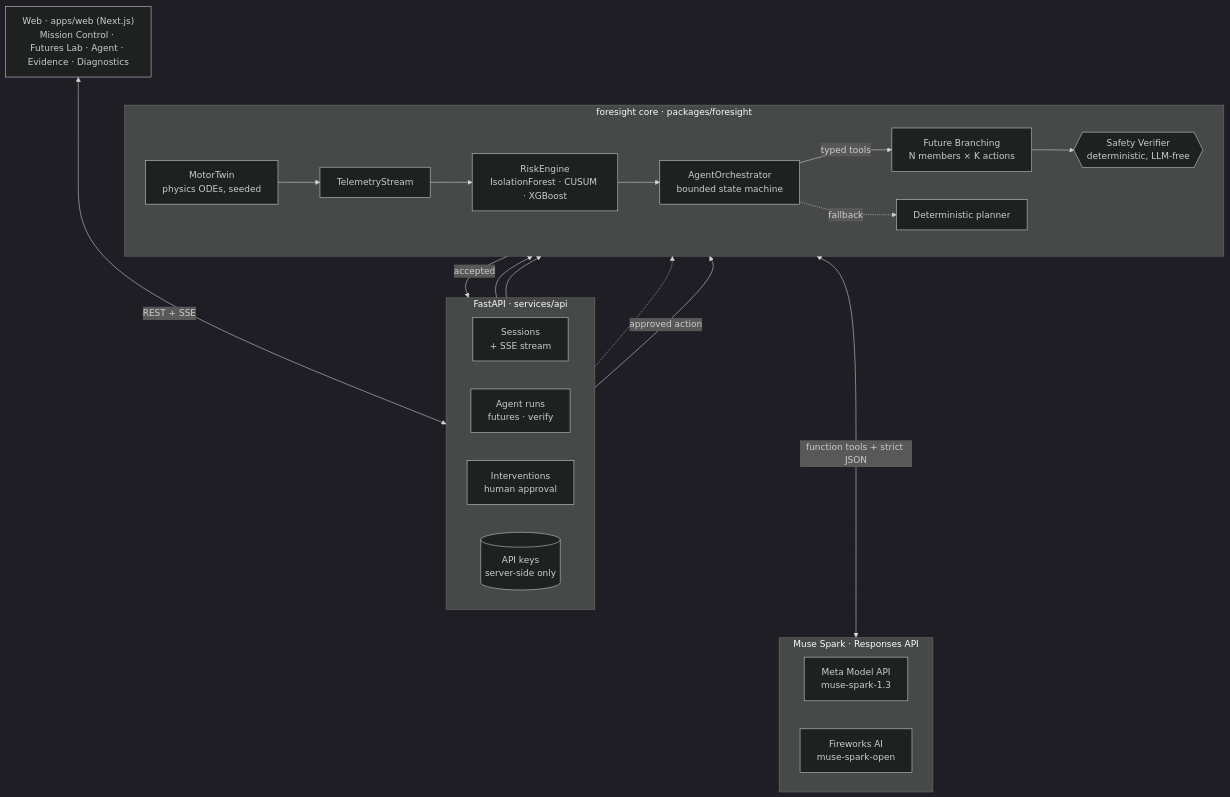
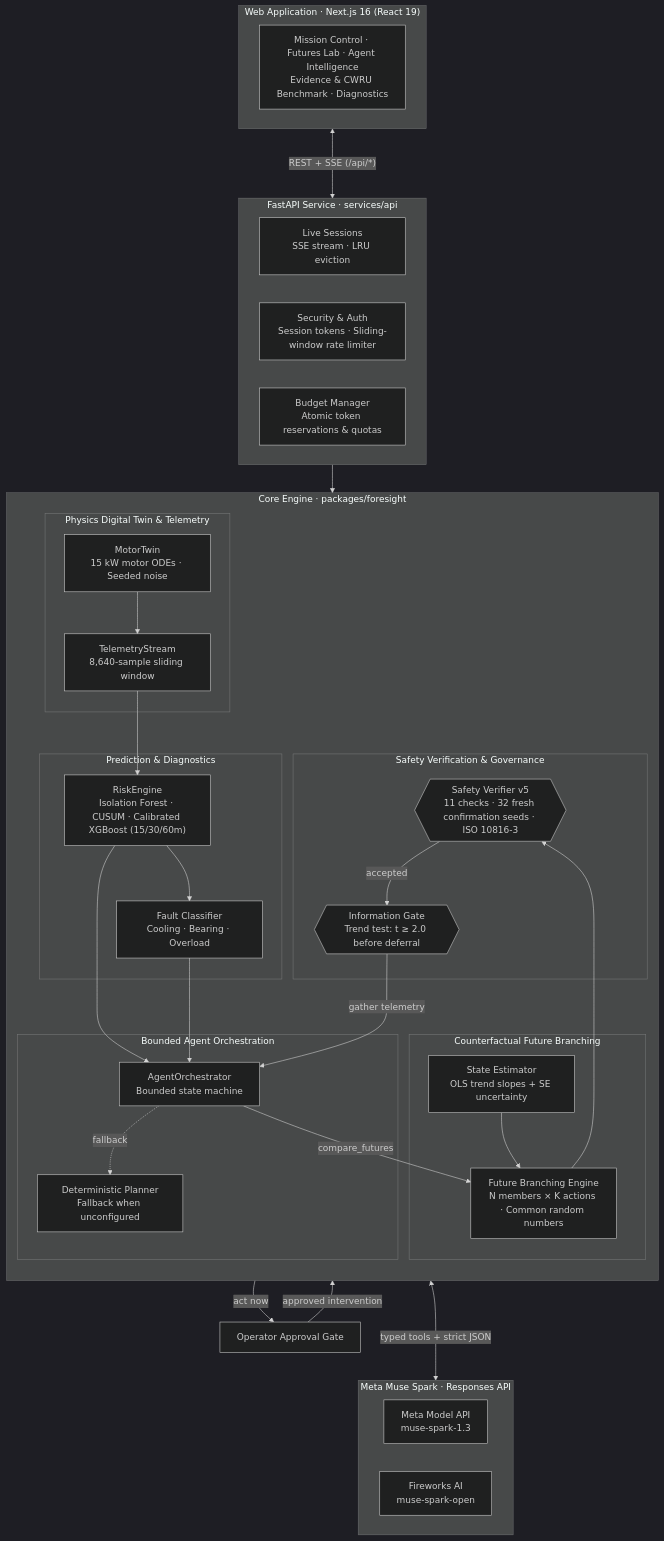
One commit to leninathikam/Foresight-AI changed the first of 5 diagrams in docs/architecture.md. Above: the diagram before and after it, drawn with Mermaid (dark theme). The commit also changed 1 other file, not shown here.

Commit message:
docs: update system architecture diagram with Verifier v5, Information Gate, and security layers

````diff
--- a/docs/architecture.md
+++ b/docs/architecture.md
@@ -13,34 +13,61 @@
 ```mermaid
 flowchart TB
-    WEB["Web · apps/web (Next.js)<br/>Mission Control · Futures Lab · Agent · Evidence · Diagnostics"]
-
-    subgraph API["FastAPI · services/api"]
-        direction LR
-        SS["Sessions<br/>+ SSE stream"]
-        RUN["Agent runs<br/>futures · verify"]
-        AP["Interventions<br/>human approval"]
-        KEYS[("API keys<br/>server-side only")]
+    subgraph Web["Web Application · Next.js 16 (React 19)"]
+        UI["Mission Control · Futures Lab · Agent Intelligence<br/>Evidence & CWRU Benchmark · Diagnostics"]
     end
 
-    subgraph Core["foresight core · packages/foresight"]
+    subgraph API["FastAPI Service · services/api"]
         direction LR
-        TW["MotorTwin<br/>physics ODEs, seeded"] --> TE["TelemetryStream"] --> RE["RiskEngine<br/>IsolationForest · CUSUM · XGBoost"]
-        OR["AgentOrchestrator<br/>bounded state machine"] -->|"typed tools"| FB["Future Branching<br/>N members × K actions"] --> VF{{"Safety Verifier<br/>deterministic, LLM-free"}}
-        RE --> OR
-        OR -.->|fallback| PL["Deterministic planner"]
+        SS["Live Sessions<br/>SSE stream · LRU eviction"]
+        SEC["Security & Auth<br/>Session tokens · Sliding-window rate limiter"]
+        BUD["Budget Manager<br/>Atomic token reservations & quotas"]
     end
 
-    subgraph LLM["Muse Spark · Responses API"]
+    subgraph Core["Core Engine · packages/foresight"]
+        direction TB
+        subgraph TwinLayer["Physics Digital Twin & Telemetry"]
+            TW["MotorTwin<br/>15 kW motor ODEs · Seeded noise"] --> TE["TelemetryStream<br/>8,640-sample sliding window"]
+        end
+
+        subgraph PredictLayer["Prediction & Diagnostics"]
+            TE --> RE["RiskEngine<br/>Isolation Forest · CUSUM · Calibrated XGBoost (15/30/60m)"]
+            RE --> CLS["Fault Classifier<br/>Cooling · Bearing · Overload"]
+        end
+
+        subgraph AgentLayer["Bounded Agent Orchestration"]
+            OR["AgentOrchestrator<br/>Bounded state machine"]
+            PL["Deterministic Planner<br/>Fallback when unconfigured"]
+            OR -.->|fallback| PL
+        end
+
+        subgraph BranchLayer["Counterfactual Future Branching"]
+            SE["State Estimator<br/>OLS trend slopes + SE uncertainty"]
+            FB["Future Branching Engine<br/>N members × K actions · Common random numbers"]
+            SE --> FB
+        end
+
+        subgraph SafetyLayer["Safety Verification & Governance"]
+            VF{{"Safety Verifier v5<br/>11 checks · 32 fresh confirmation seeds · ISO 10816-3"}}
+            IG{{"Information Gate<br/>Trend test: t ≥ 2.0 before deferral"}}
+            VF -->|accepted| IG
+        end
+    end
+
+    subgraph LLM["Meta Muse Spark · Responses API"]
         direction LR
         META["Meta Model API<br/>muse-spark-1.3"]
         FW["Fireworks AI<br/>muse-spark-open"]
     end
 
-    WEB <--->|"REST + SSE"| API
-    SS --> TW
-    RUN --> OR
-    KEYS -.-> OR
-    OR <--->|"function tools + strict JSON"| LLM
-    VF -->|accepted| AP
-    AP -->|"approved action"| TW
+    %% Wiring
+    Web <--->|"REST + SSE (/api/*)"| API
+    API --> TW
+    RE --> OR
+    CLS --> OR
+    OR <--->|"typed tools + strict JSON"| LLM
+    OR -->|"compare_futures"| FB
+    FB --> VF
+    IG -->|gather telemetry| OR
+    IG -->|act now| HA["Operator Approval Gate"]
+    HA -->|"approved intervention"| TW
 ```
````
